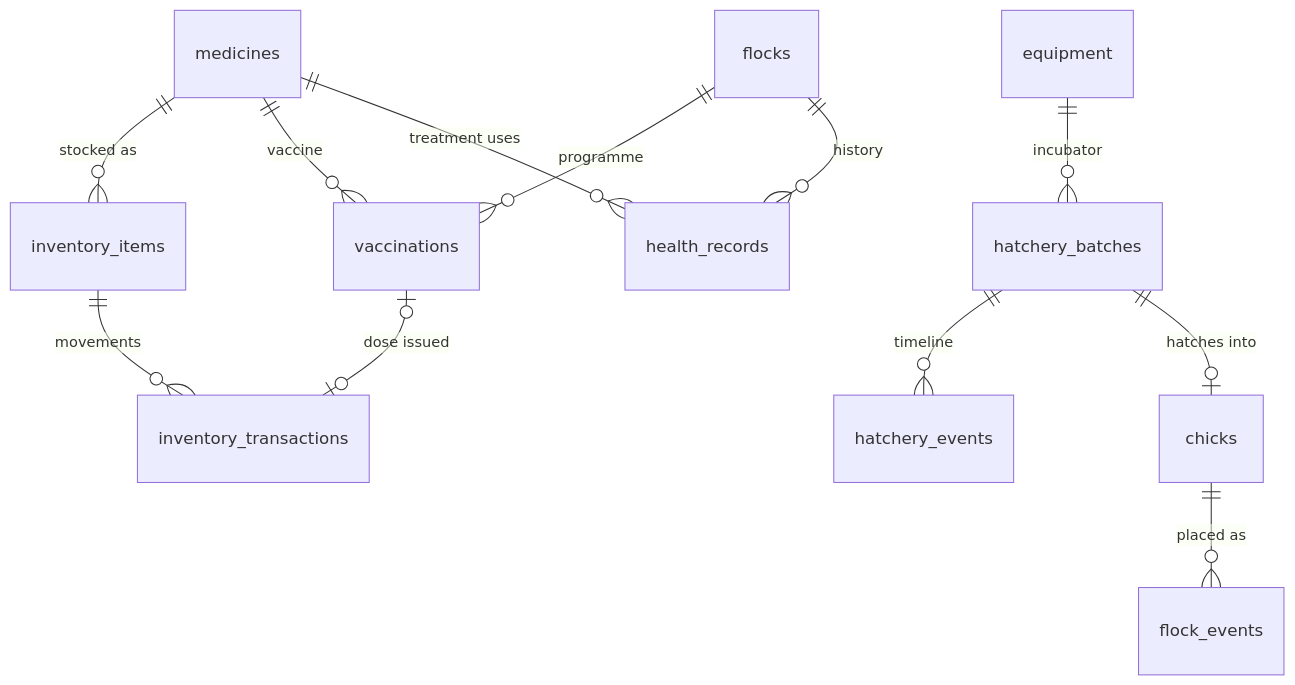
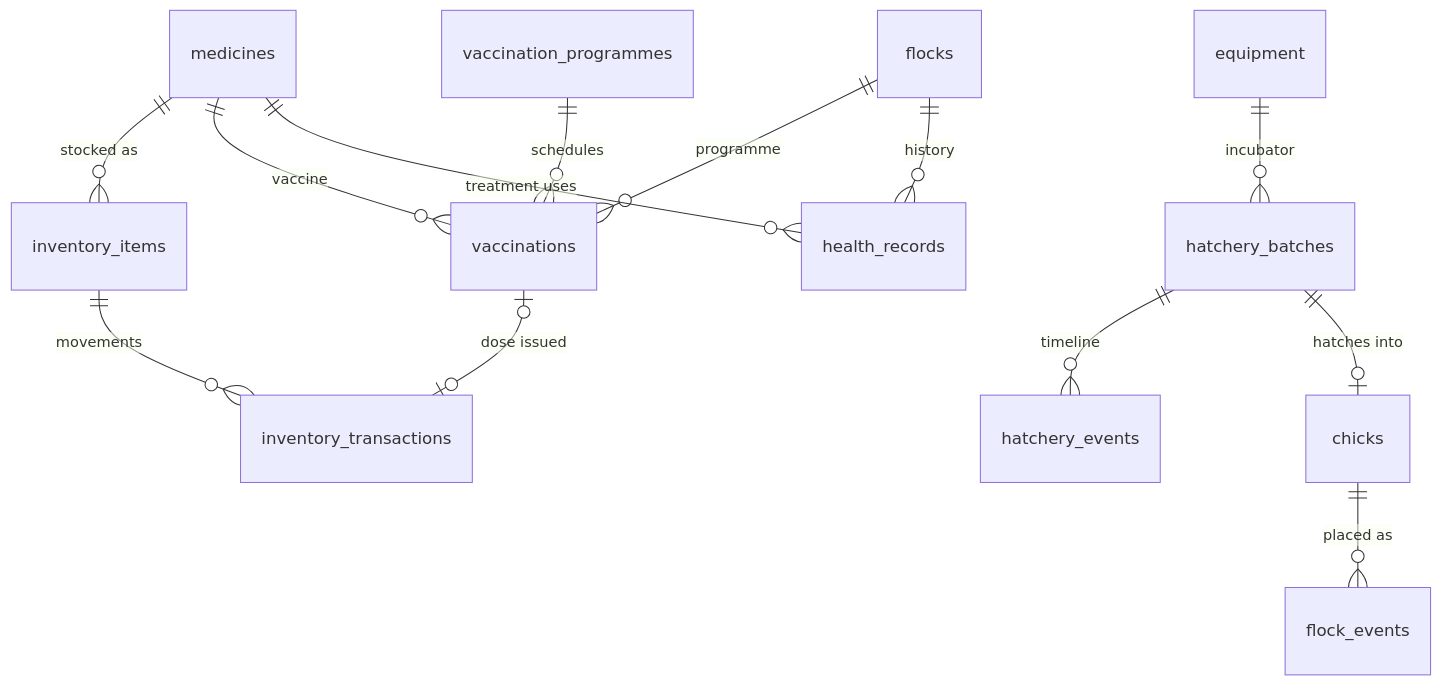
One commit to developers-gem/poultry-pilot changed the third of 6 diagrams in docs/data-model.md. Above: the diagram before and after it, drawn with Mermaid. The commit also changed other lines of this file and 47 other files, not shown here.

Commit message:
FlockHealth and BioSecure Farm: health records, treatments with withdrawal enforcement, vaccination programmes and batches, configurable checklists, visitor register, biosecurity logs, corrective actions, sourced educational content

````diff
--- a/docs/data-model.md
+++ b/docs/data-model.md
@@ -169,14 +173,15 @@
 ```mermaid
 erDiagram
   medicines ||--o{ inventory_items : "stocked as"
   inventory_items ||--o{ inventory_transactions : movements
   medicines ||--o{ vaccinations : vaccine
+  vaccination_programmes ||--o{ vaccinations : schedules
   flocks ||--o{ vaccinations : programme
   flocks ||--o{ health_records : history
   medicines ||--o{ health_records : "treatment uses"
   vaccinations |o--o| inventory_transactions : "dose issued"
   hatchery_batches ||--o{ hatchery_events : timeline
   hatchery_batches ||--o| chicks : "hatches into"
   chicks ||--o{ flock_events : "placed as"
   equipment ||--o{ hatchery_batches : incubator
 ```
````
